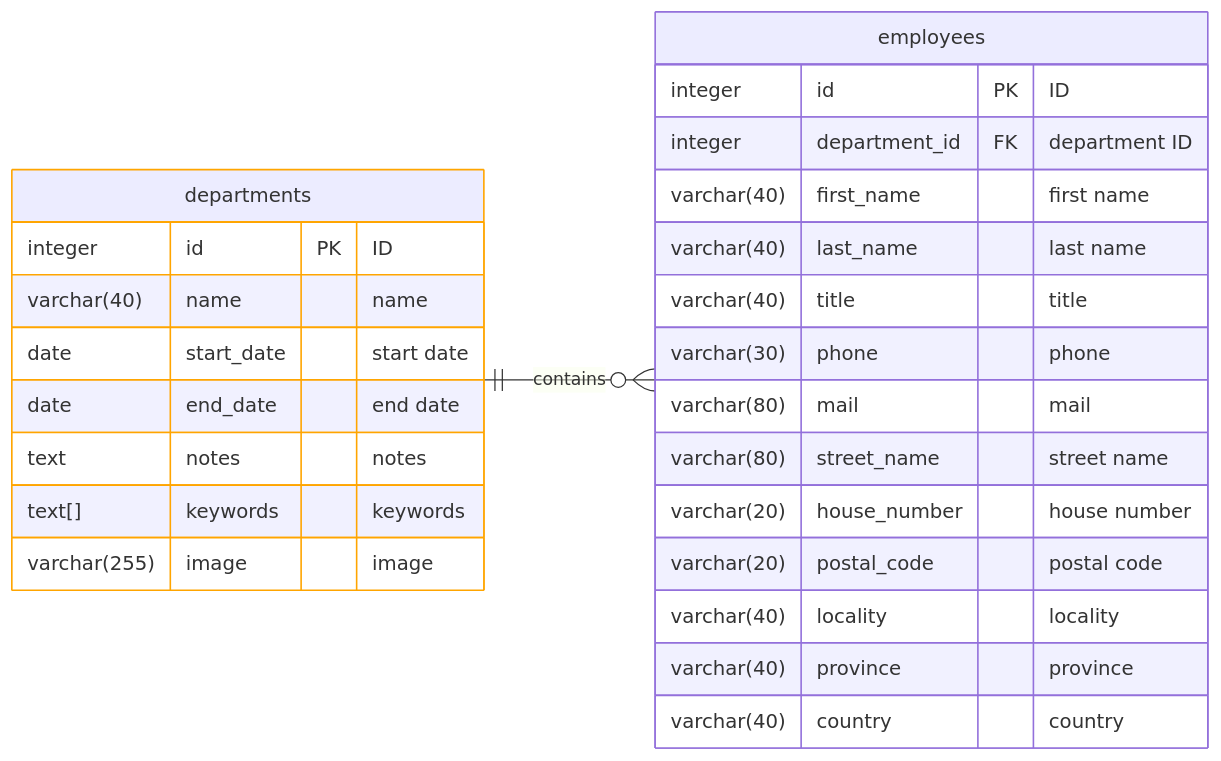
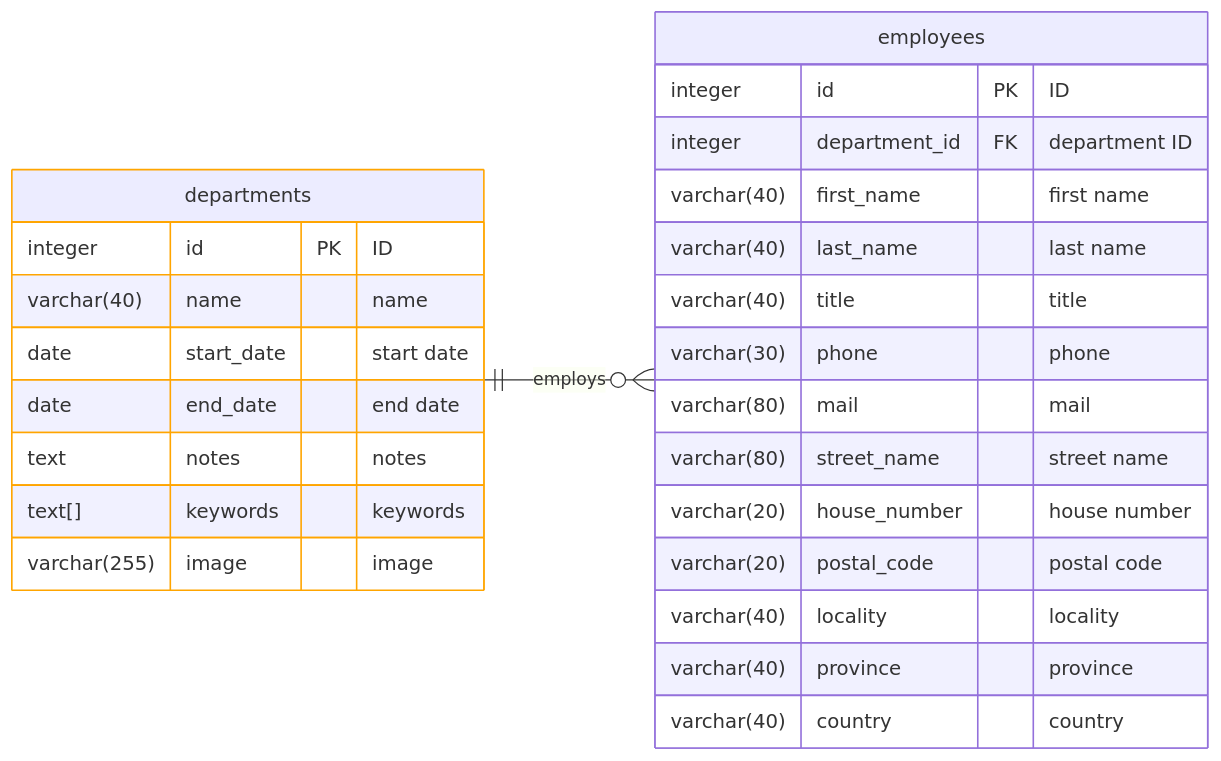
One commit to k1729p/Study28 changed the diagram in docs/mermaid/entityRelationshipPostgreSQL.md. Above: the diagram before and after it, drawn with Mermaid.

````diff
--- a/docs/mermaid/entityRelationshipPostgreSQL.md
+++ b/docs/mermaid/entityRelationshipPostgreSQL.md
@@ -3,33 +3,33 @@
 ```mermaid
 erDiagram
 direction LR
 %% Entities
     DEP[departments] {
         integer id PK "ID"
         varchar(40) name "name"
         date start_date "start date"
         date end_date "end date"
         text notes "notes"
         text[] keywords "keywords"
         varchar(255) image "image"
     }
     EMP[employees] {
         integer id PK "ID"
         integer department_id FK "department ID"
         varchar(40) first_name "first name"
         varchar(40) last_name "last name"
         varchar(40) title "title"
         varchar(30) phone "phone"
         varchar(80) mail "mail"
         varchar(80) street_name "street name"
         varchar(20) house_number "house number"
         varchar(20) postal_code "postal code"
         varchar(40) locality "locality"
         varchar(40) province "province"
         varchar(40) country "country"
     }
 %% Relationships 
-    DEP ||--o{ EMP: contains
+    DEP ||--o{ EMP: employs
 %%  Styles
     style DEP stroke:orange
 ```
````
